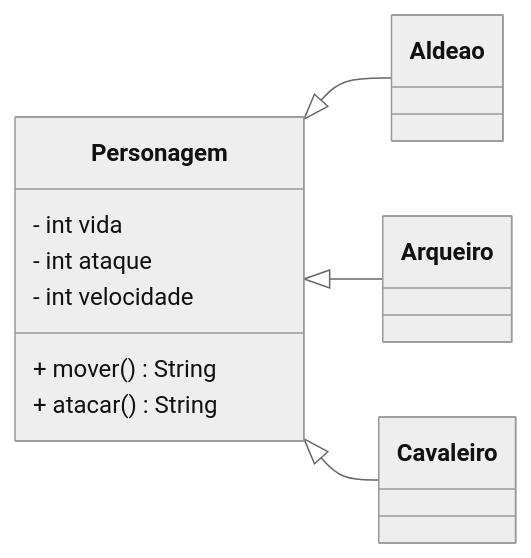
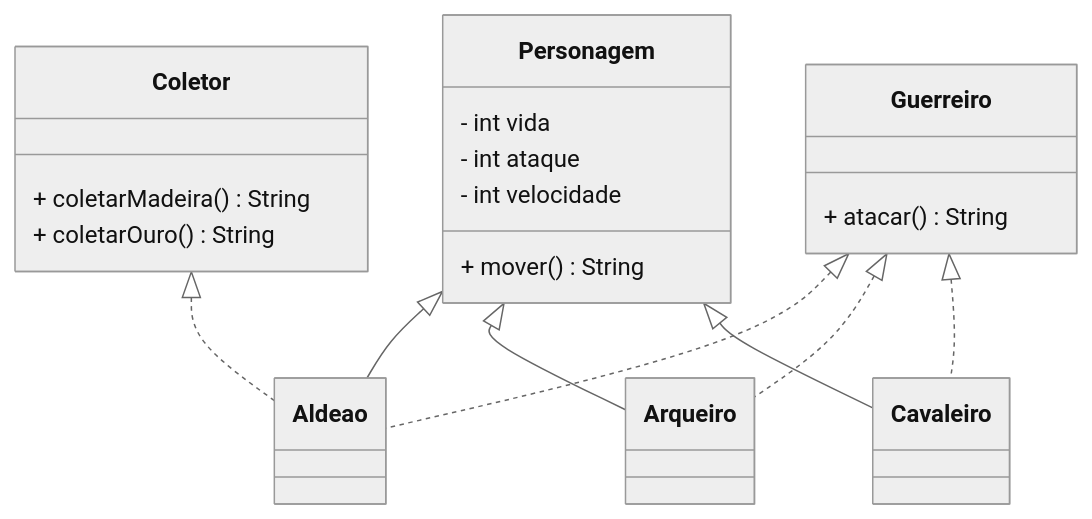
Before and after one commit to angeloyuna/ADS-POO7862-2026-2: the diagram in aulas/2026-10-21/Readme.md, drawn with Mermaid (neutral theme). The commit also changed 38 other files, not shown here.

````diff
--- a/aulas/2026-10-21/Readme.md
+++ b/aulas/2026-10-21/Readme.md
@@ -5,16 +5,30 @@
 ```mermaid
 classDiagram
-    direction LR
+    direction TB
 
     class Personagem {
         - int vida
         - int ataque
         - int velocidade
         + mover() String
+    }
+
+    class Coletor {
+        + coletarMadeira() String
+        + coletarOuro() String
+    }
+
+    class Guerreiro {
         + atacar() String
     }
 
     Personagem <|-- Aldeao
     Personagem <|-- Arqueiro
     Personagem <|-- Cavaleiro
+
+    Coletor <|.. Aldeao
+    
+    Guerreiro <|.. Aldeao
+    Guerreiro <|.. Arqueiro
+    Guerreiro <|.. Cavaleiro
 ```
````
